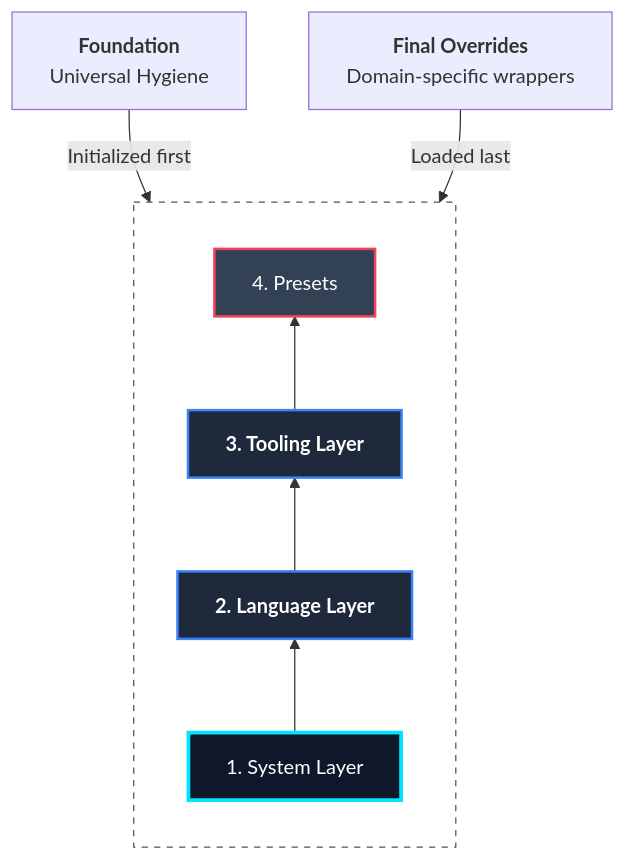
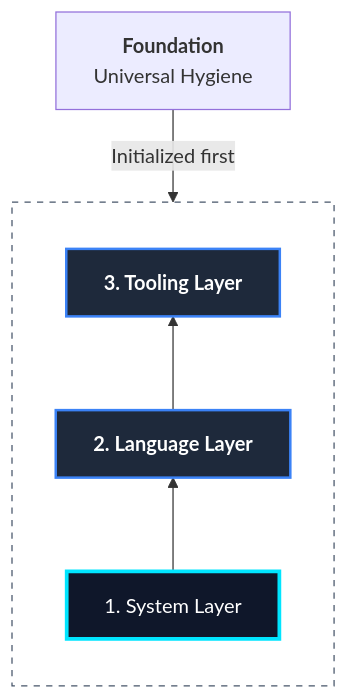
One commit to JacksonFergusonDev/protostar changed the diagram in docs/mechanics/modules.md. Above: the diagram before and after it, drawn with Mermaid. The commit also changed other lines of this file and 45 other files, not shown here.

````diff
--- a/docs/mechanics/modules.md
+++ b/docs/mechanics/modules.md
@@ -29,25 +29,22 @@
 ```mermaid
 graph TD
     %% Styling
     classDef layer fill:#1e293b,stroke:#3b82f6,stroke-width:2px,color:#fff,font-weight:bold;
     classDef base fill:#0f172a,stroke:#00e5ff,stroke-width:3px,color:#fff;
-    classDef top fill:#334155,stroke:#f43f5e,stroke-width:2px,color:#fff;
 
     subgraph Stack [ ]
         direction BT
 
         L1[1. System Layer]:::base
         L2[2. Language Layer]:::layer
         L3[3. Tooling Layer]:::layer
-        L4[4. Presets]:::top
 
         %% Relationships showing precedence flow
-        L1 --> L2 --> L3 --> L4
+        L1 --> L2 --> L3
     end
 
     %% Annotations
     Note1[<b>Foundation</b><br/>Universal Hygiene] -- Initialized first --> L1
-    Note2[<b>Final Overrides</b><br/>Domain-specific wrappers] -- Loaded last --> L4
 
     style Stack fill:transparent,stroke:#475569,stroke-dasharray: 5 5
 ```
````
